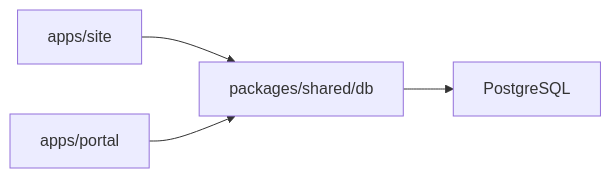
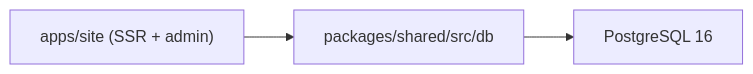
The diagram in docs/DATABASE.md (stevenfackley/steveackley-website), drawn with Mermaid before and after one commit. The commit also changed other lines of this file and 9 other files, not shown here.

````diff
--- a/docs/DATABASE.md
+++ b/docs/DATABASE.md
@@ -5,6 +5,5 @@
 ```mermaid
 flowchart LR
-    site["apps/site"] --> shared["packages/shared/db"]
-    portal["apps/portal"] --> shared
-    shared --> postgres["PostgreSQL"]
+    site["apps/site (SSR + admin)"] --> shared["packages/shared/src/db"]
+    shared --> postgres["PostgreSQL 16"]
 ```
````
